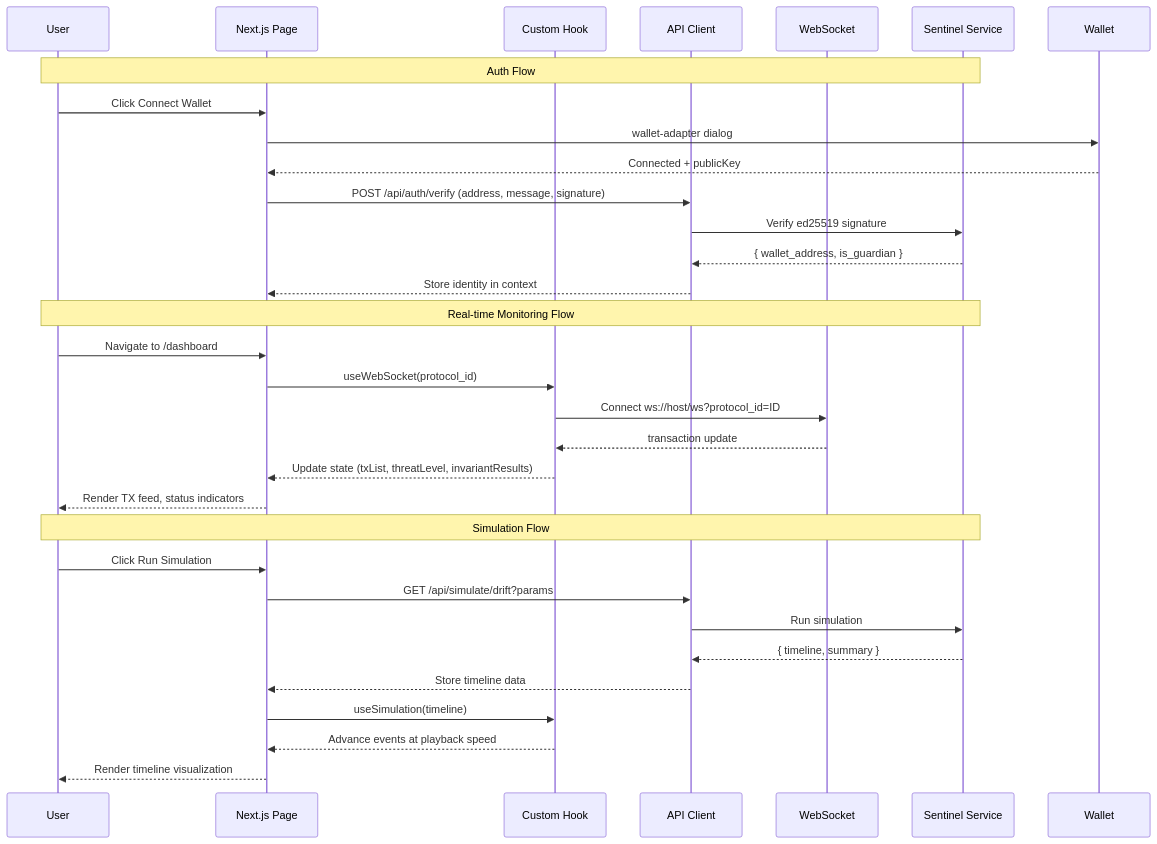
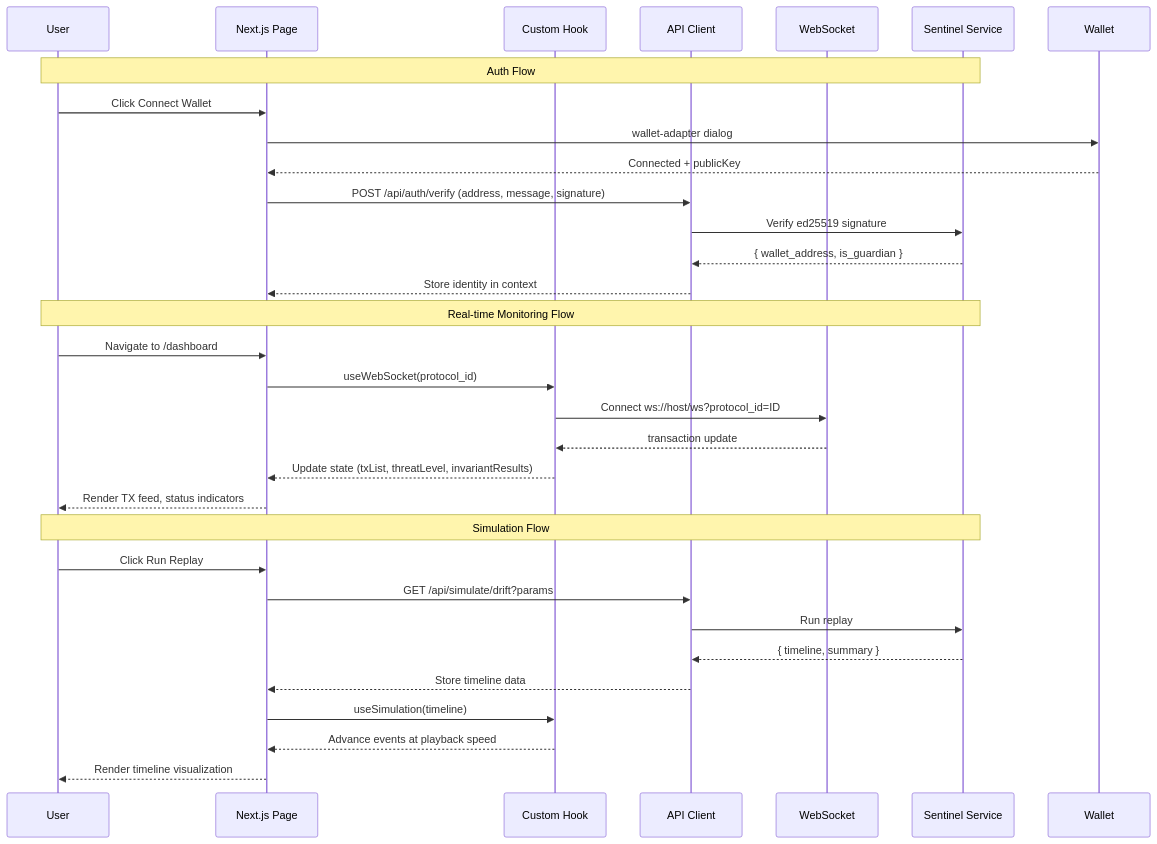
One commit to yebology/killswitch changed the second of 3 diagrams in .kiro/specs/killswitch-frontend/design.md. Above: the diagram before and after it, drawn with Mermaid. The commit also changed other lines of this file and 38 other files, not shown here.

Commit message:
refactor: consolidate invariant types (5→3), wire frontend to backend API, rename simulation to replay, add attack simulator script

````diff
--- a/.kiro/specs/killswitch-frontend/design.md
+++ b/.kiro/specs/killswitch-frontend/design.md
@@ -87,36 +87,36 @@
 ```mermaid
 sequenceDiagram
     participant User
     participant Page as Next.js Page
     participant Hook as Custom Hook
     participant API as API Client
     participant WS as WebSocket
     participant Backend as Sentinel Service
 
     Note over User,Backend: Auth Flow
     User->>Page: Click Connect Wallet
     Page->>Wallet: wallet-adapter dialog
     Wallet-->>Page: Connected + publicKey
     Page->>API: POST /api/auth/verify (address, message, signature)
     API->>Backend: Verify ed25519 signature
     Backend-->>API: { wallet_address, is_guardian }
     API-->>Page: Store identity in context
 
     Note over User,Backend: Real-time Monitoring Flow
     User->>Page: Navigate to /dashboard
     Page->>Hook: useWebSocket(protocol_id)
     Hook->>WS: Connect ws://host/ws?protocol_id=ID
     WS-->>Hook: transaction update
     Hook-->>Page: Update state (txList, threatLevel, invariantResults)
     Page-->>User: Render TX feed, status indicators
 
     Note over User,Backend: Simulation Flow
-    User->>Page: Click Run Simulation
+    User->>Page: Click Run Replay
     Page->>API: GET /api/simulate/drift?params
-    API->>Backend: Run simulation
+    API->>Backend: Run replay
     Backend-->>API: { timeline, summary }
     API-->>Page: Store timeline data
     Page->>Hook: useSimulation(timeline)
     Hook-->>Page: Advance events at playback speed
     Page-->>User: Render timeline visualization
 ```
````
